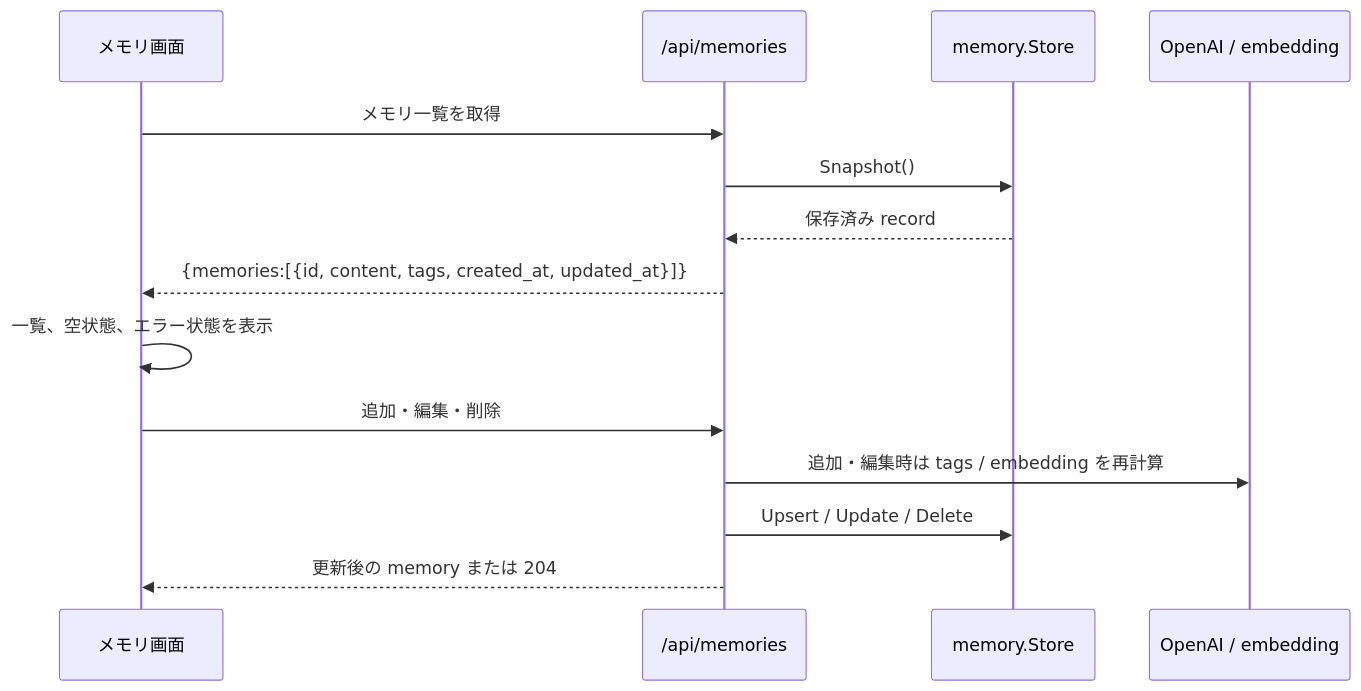
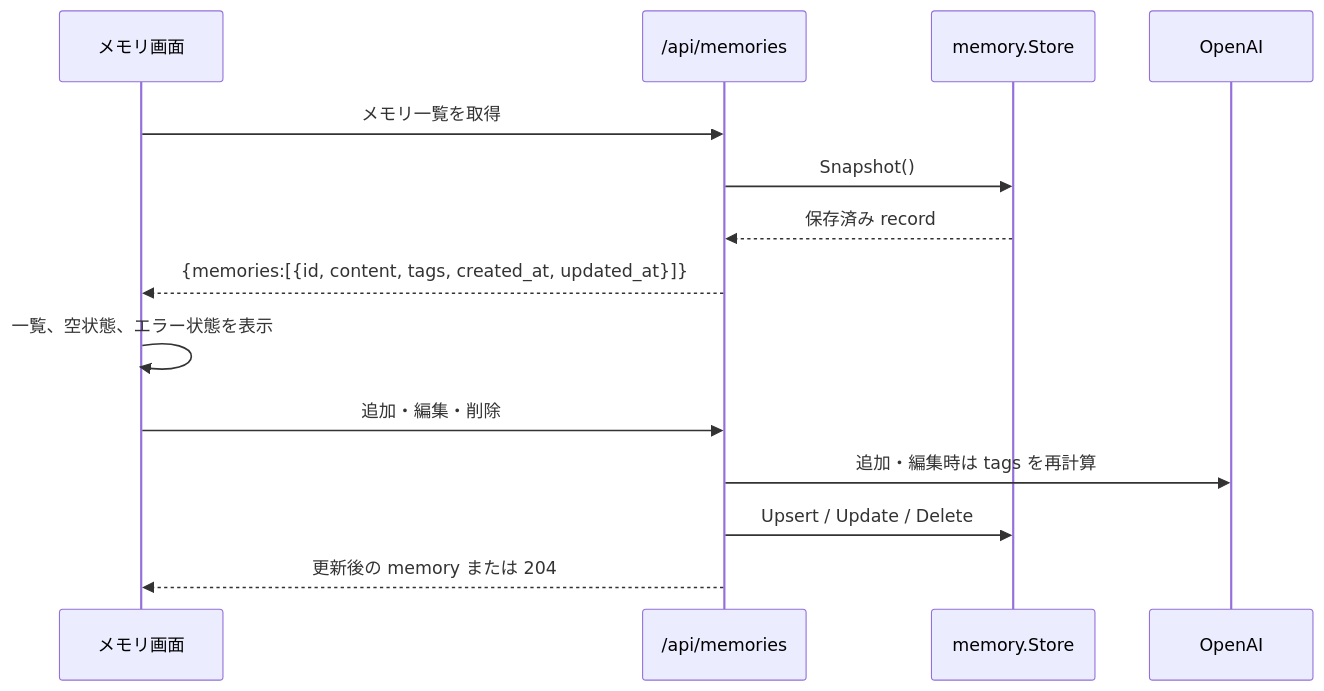
Before and after one commit to tetetratra/smart-speaker: the third of 3 diagrams in docs/hooks/memory.md, drawn with Mermaid. The commit also changed other lines of this file and 23 other files, not shown here.

````diff
--- a/docs/hooks/memory.md
+++ b/docs/hooks/memory.md
@@ -142,17 +137,17 @@
 ```mermaid
 sequenceDiagram
     participant UI as メモリ画面
     participant HTTP as /api/memories
     participant Store as memory.Store
-    participant AI as OpenAI / embedding
+    participant AI as OpenAI
 
     UI->>HTTP: メモリ一覧を取得
     HTTP->>Store: Snapshot()
     Store-->>HTTP: 保存済み record
     HTTP-->>UI: {memories:[{id, content, tags, created_at, updated_at}]}
     UI->>UI: 一覧、空状態、エラー状態を表示
     UI->>HTTP: 追加・編集・削除
-    HTTP->>AI: 追加・編集時は tags / embedding を再計算
+    HTTP->>AI: 追加・編集時は tags を再計算
     HTTP->>Store: Upsert / Update / Delete
     HTTP-->>UI: 更新後の memory または 204
 ```
````
